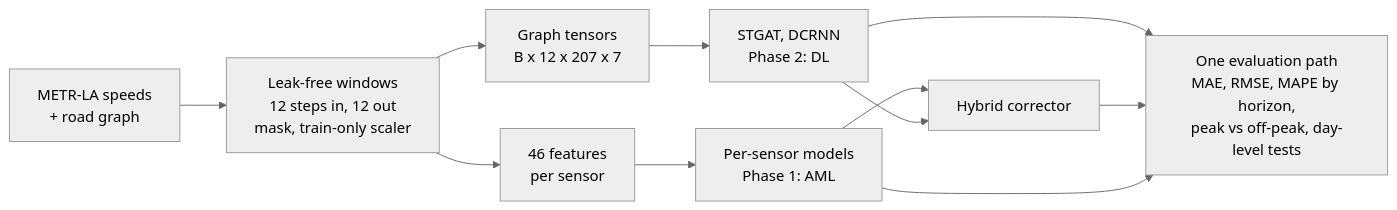
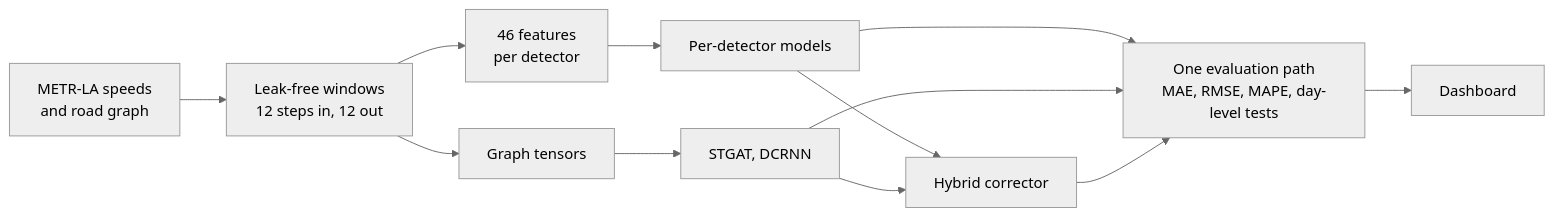
Before and after one commit to ManasSaxena14/MetroFlow_MachineAndDeepLearning: the diagram in README.md, drawn with Mermaid (neutral theme). The commit also changed other lines of this file and 2 other files, not shown here.

````diff
--- a/README.md
+++ b/README.md
@@ -106,13 +79,14 @@
 ```mermaid
 flowchart LR
-    A[METR-LA speeds<br/>+ road graph] --> B[Leak-free windows<br/>12 steps in, 12 out<br/>mask, train-only scaler]
-    B --> C[46 features<br/>per sensor]
-    B --> D[Graph tensors<br/>B x 12 x 207 x 7]
-    C --> E[Per-sensor models<br/>Phase 1: AML]
-    D --> F[STGAT, DCRNN<br/>Phase 2: DL]
+    A[METR-LA speeds<br/>and road graph] --> B[Leak-free windows<br/>12 steps in, 12 out]
+    B --> C[46 features<br/>per detector]
+    B --> D[Graph tensors]
+    C --> E[Per-detector models]
+    D --> F[STGAT, DCRNN]
     E --> G[Hybrid corrector]
     F --> G
-    F --> H[One evaluation path<br/>MAE, RMSE, MAPE by horizon,<br/>peak vs off-peak, day-level tests]
+    E --> H[One evaluation path<br/>MAE, RMSE, MAPE, day-level tests]
+    F --> H
     G --> H
-    E --> H
+    H --> I[Dashboard]
 ```
````
